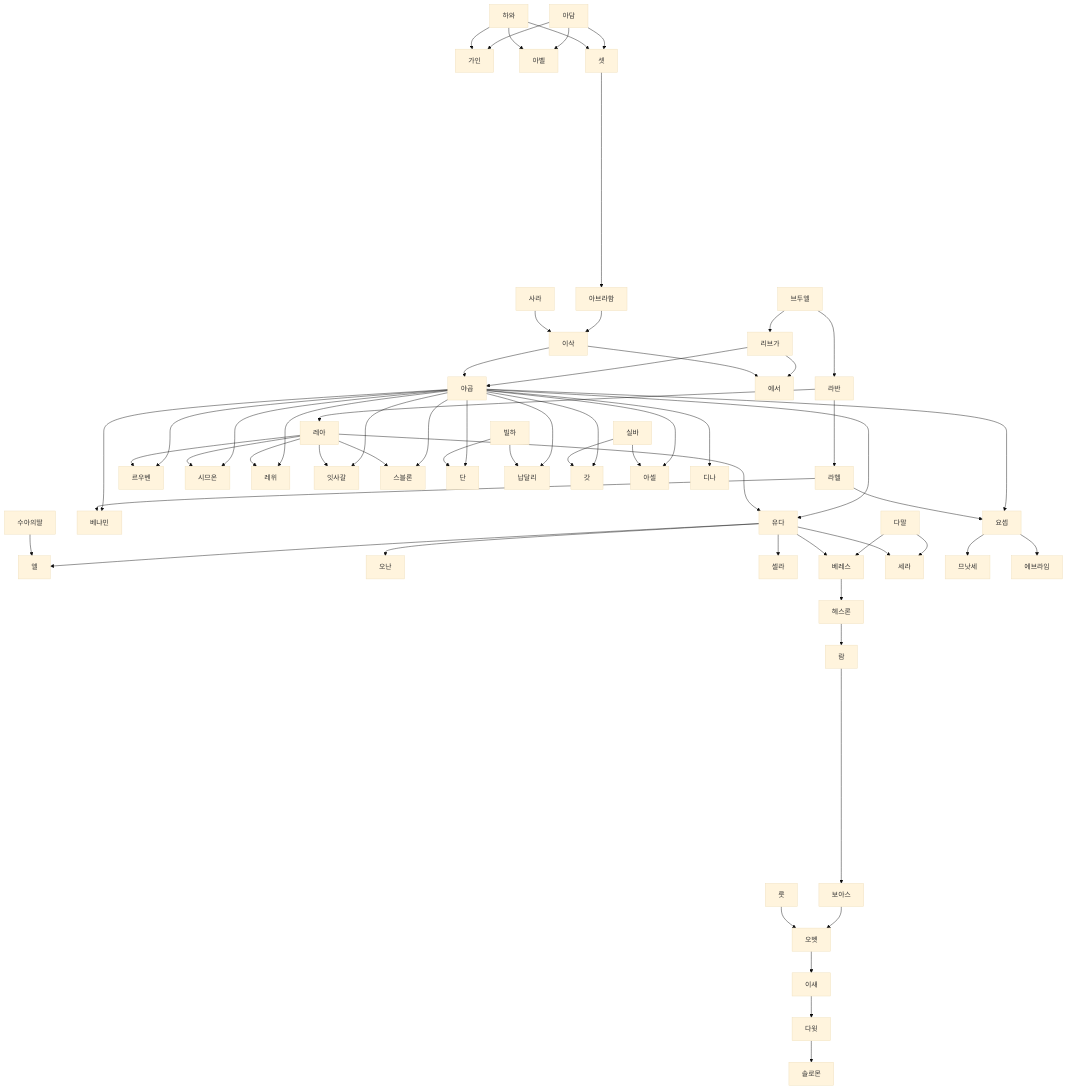
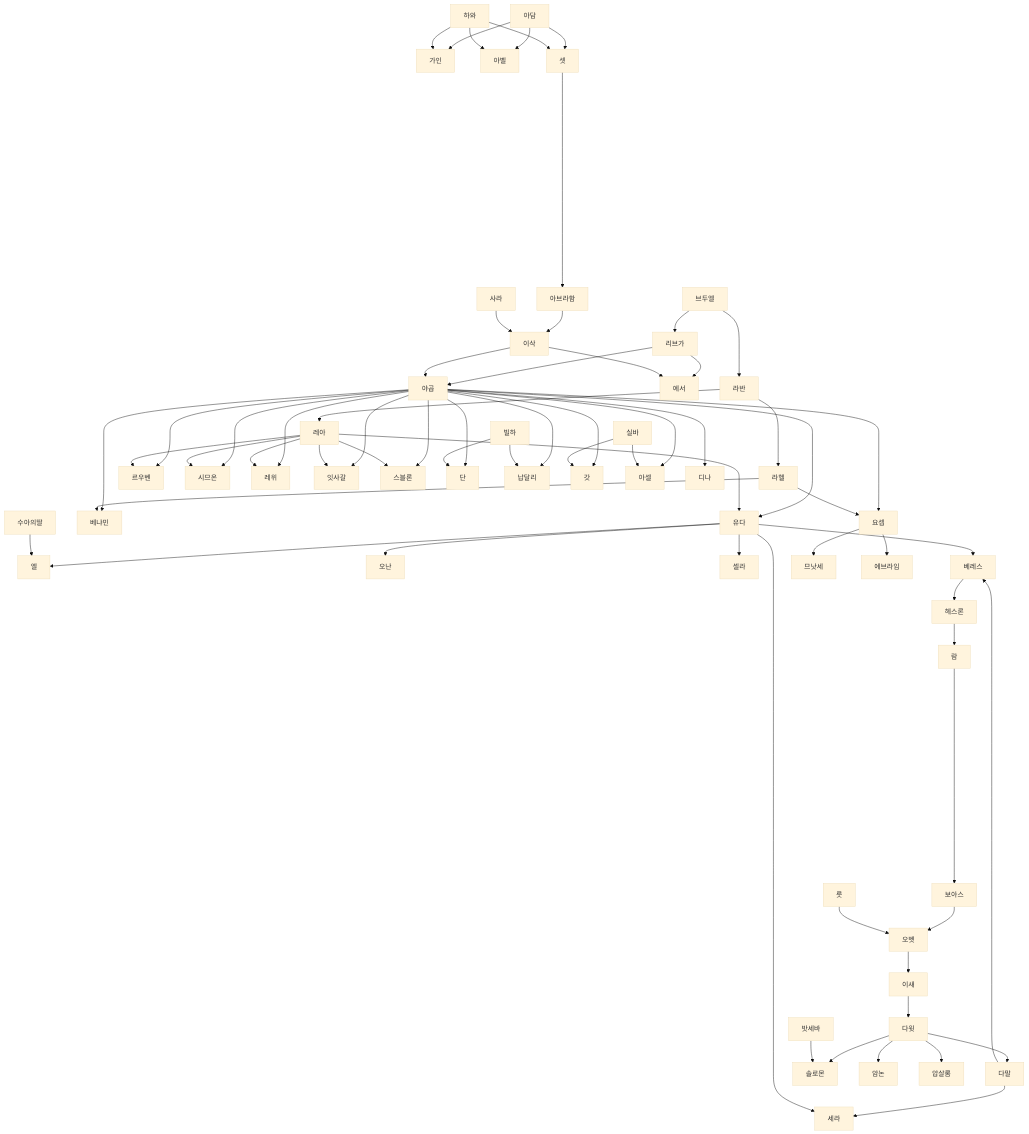
The diagram in 기독교/성경가계도.md (daewonyoon/historigram), drawn with Mermaid (base theme) before and after one commit.

Commit message:
Update 성경가계도.md
다윗 솔로몬

````diff
--- a/기독교/성경가계도.md
+++ b/기독교/성경가계도.md
@@ -1,75 +1,83 @@
 ```mermaid
 flowchart TD
 
  아담 --> 가인
  아담 --> 아벨
  아담 --> 셋
  
  하와 --> 가인
  하와 --> 아벨
  하와 --> 셋
  
  
  셋 -------------------> 아브라함 --> 이삭
  사라 --> 이삭
 
  브두엘 --> 리브가
  브두엘 --> 라반
 
  리브가 --> 에서
  리브가 --> 야곱
 
  라반 --> 라헬
  라반 --> 레아
  
  이삭 --> 야곱
  이삭 --> 에서
  
  야곱 ---> 르우벤
  야곱 ---> 시므온
  야곱 ---> 레위
  야곱 ----> 유다
  야곱 ---> 잇사갈
  야곱 ---> 스블론
  야곱 ---> 단
  야곱 ---> 납달리
  야곱 ---> 갓
  야곱 ---> 아셀
  야곱 ----> 베냐민
  야곱 ---> 디나
  야곱 ----> 요셉
  레아 --> 르우벤
  레아 --> 시므온
  레아 --> 레위
  레아 --> 유다
  빌하 --> 단
  빌하 --> 납달리
  실바 --> 갓
  실바 --> 아셀
  레아 --> 잇사갈
  레아 --> 스블론
  
  라헬 --> 요셉
  라헬 --> 베냐민
 
  유다 --> 엘
  유다 --> 오난
  유다 --> 셀라
  수아의딸 --> 엘
  
  다말 --> 베레스
  다말 --> 세라
  유다 --> 베레스
  유다 --> 세라
  
  요셉 --> 므낫세
  요셉 --> 에브라임
  
  베레스 --> 헤스론 --> 람 -------------> 보아스
  
  보아스 --> 오벳
  룻 --> 오벳
  
  오벳 --> 이새 --> 다윗  --> 솔로몬
  
+ 다윗 --> 암논
+ 다윗 --> 압살롬
+ 다윗 --> 다말
+ 
+ 
+ 밧세바 --> 솔로몬
+ 
+ 
 ```
````
